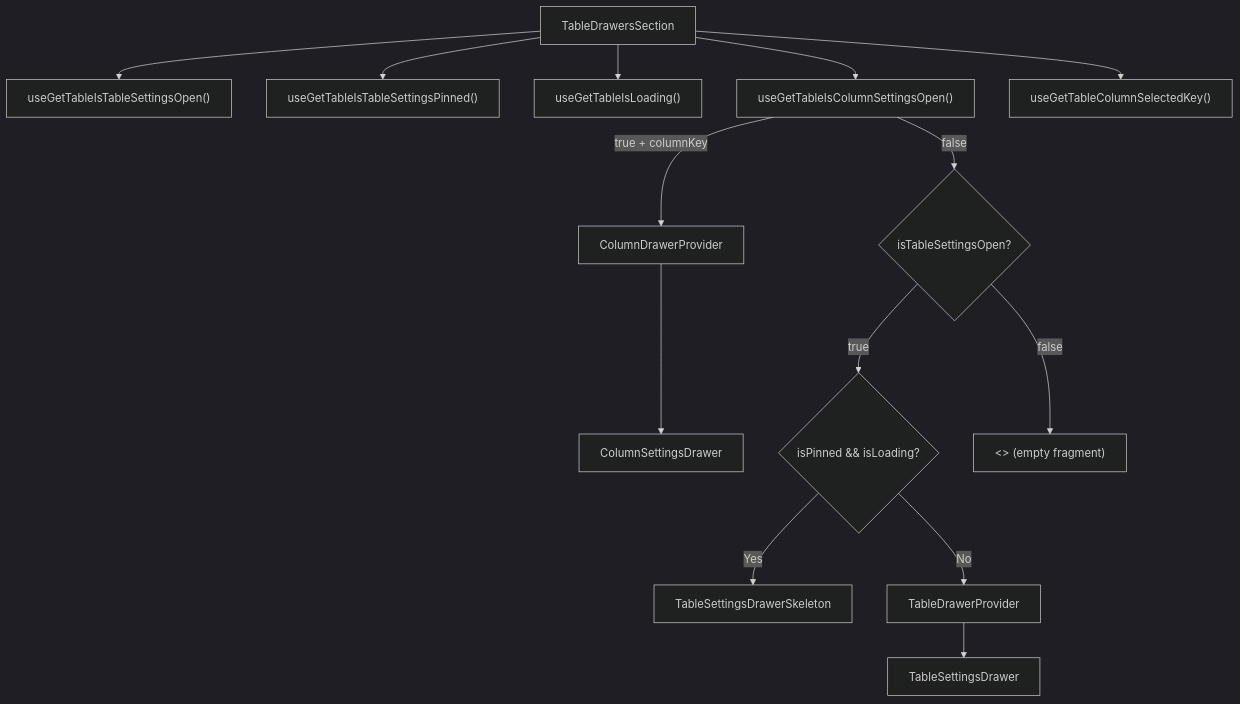
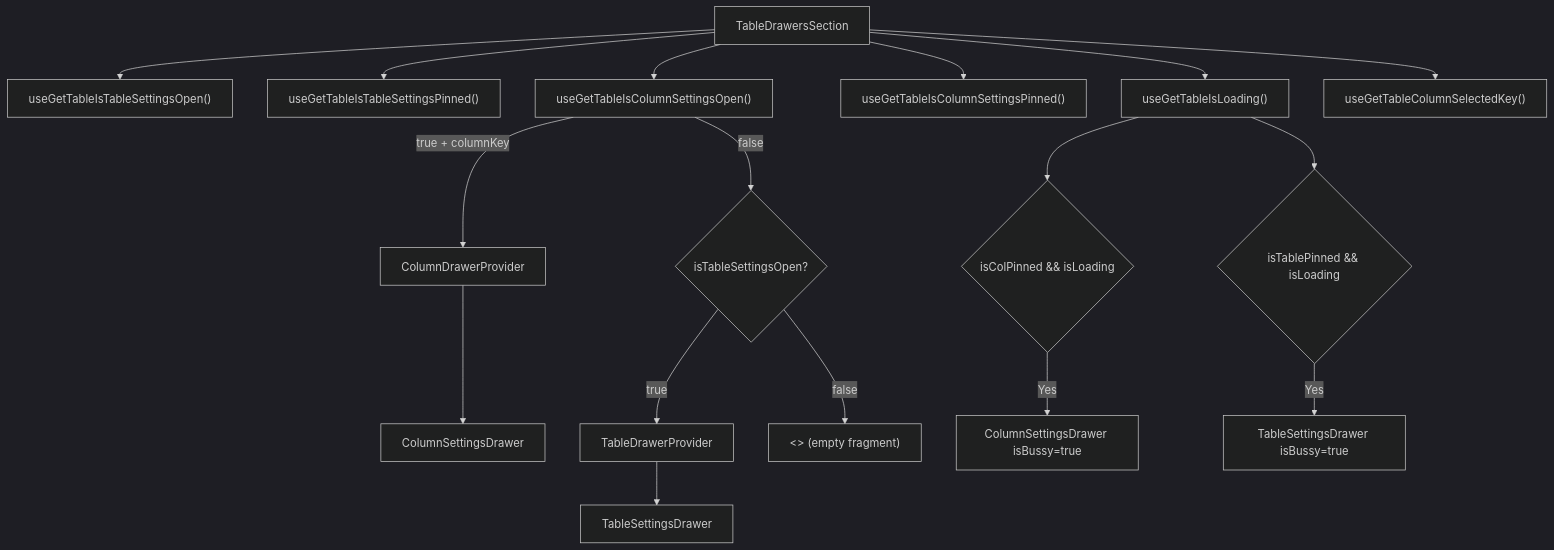
One commit to luciocabrera/lcabrera-stack changed the diagram in apps/react-router/src/components/Table/TableDrawersSection/ARCHITECTURE.md. Above: the diagram before and after it, drawn with Mermaid (dark theme). The commit also changed other lines of this file and 20 other files, not shown here.

Commit message:
feat: add support for pinned column settings in the table component

````diff
--- a/apps/react-router/src/components/Table/TableDrawersSection/ARCHITECTURE.md
+++ b/apps/react-router/src/components/Table/TableDrawersSection/ARCHITECTURE.md
@@ -18,18 +18,22 @@
 ```mermaid
 graph TD
   TDS["TableDrawersSection"] --> isTable["useGetTableIsTableSettingsOpen()"]
-  TDS --> isPinned["useGetTableIsTableSettingsPinned()"]
+  TDS --> isTablePinned["useGetTableIsTableSettingsPinned()"]
+  TDS --> isCol["useGetTableIsColumnSettingsOpen()"]
+  TDS --> isColPinned["useGetTableIsColumnSettingsPinned()"]
   TDS --> isLoading["useGetTableIsLoading()"]
-  TDS --> isCol["useGetTableIsColumnSettingsOpen()"]
   TDS --> colKey["useGetTableColumnSelectedKey()"]
 
   isCol -->|"true + columnKey"| CDP["ColumnDrawerProvider"]
   CDP --> CSD["ColumnSettingsDrawer"]
+  isLoading --> CBusy{"isColPinned && isLoading"}
+  CBusy -->|Yes| CBusyProp["ColumnSettingsDrawer isBussy=true"]
 
   isCol -->|false| check2{"isTableSettingsOpen?"}
-  check2 -->|true| check3{"isPinned && isLoading?"}
-  check3 -->|Yes| SK["TableSettingsDrawerSkeleton"]
-  check3 -->|No| TDP["TableDrawerProvider"]
+  check2 -->|true| TDP["TableDrawerProvider"]
   TDP --> TSD["TableSettingsDrawer"]
+  isLoading --> TBusy{"isTablePinned && isLoading"}
+  TBusy -->|Yes| TBusyProp["TableSettingsDrawer isBussy=true"]
+
   check2 -->|false| empty["<> (empty fragment)"]
 ```
````
